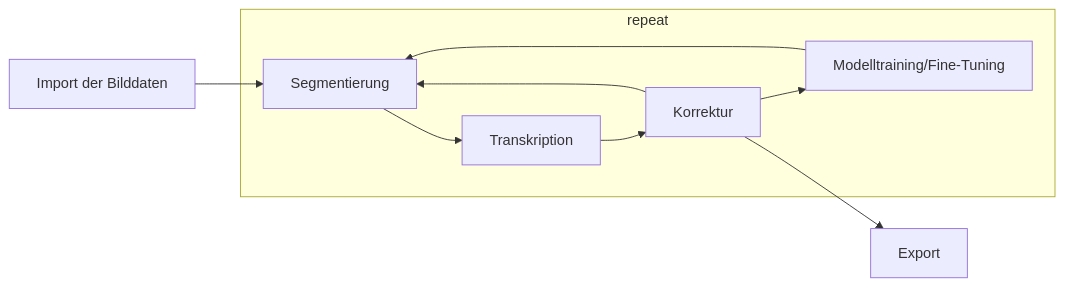
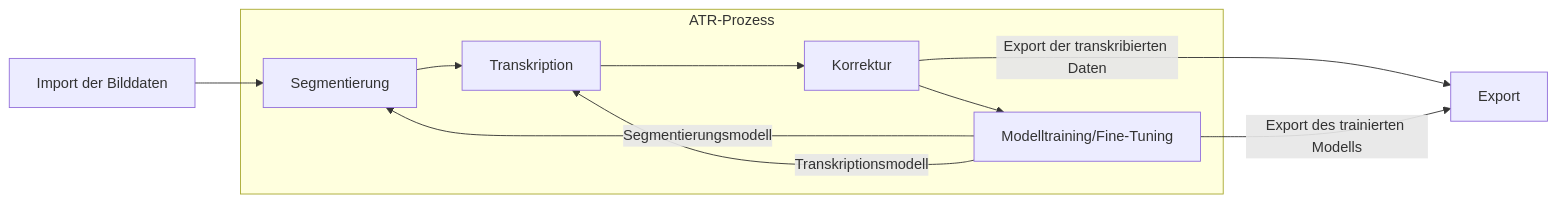
The diagram in slides.md (Jomula/jomula.github.io), drawn with Mermaid before and after one commit. The commit also changed other lines of this file, not shown here.

Commit message:
add slides for escriptorium

````diff
--- a/slides.md
+++ b/slides.md
@@ -85,13 +85,14 @@
 ```mermaid
 flowchart LR
     A["Import der Bilddaten"]
     A-->B
-    subgraph repeat
+    subgraph ATR-Prozess
         B["Segmentierung"]-->C["Transkription"]
         C-->D["Korrektur"]
         D-->E["Modelltraining/Fine-Tuning"]
-        E-->B
-        D-->B
+        E-->|Segmentierungsmodell|B
+        E-->|Transkriptionsmodell|C
     end
-    D-->F["Export"]
+    D-->|Export der transkribierten Daten|F["Export"]
+    E-->|Export des trainierten Modells|F
 ```
````
